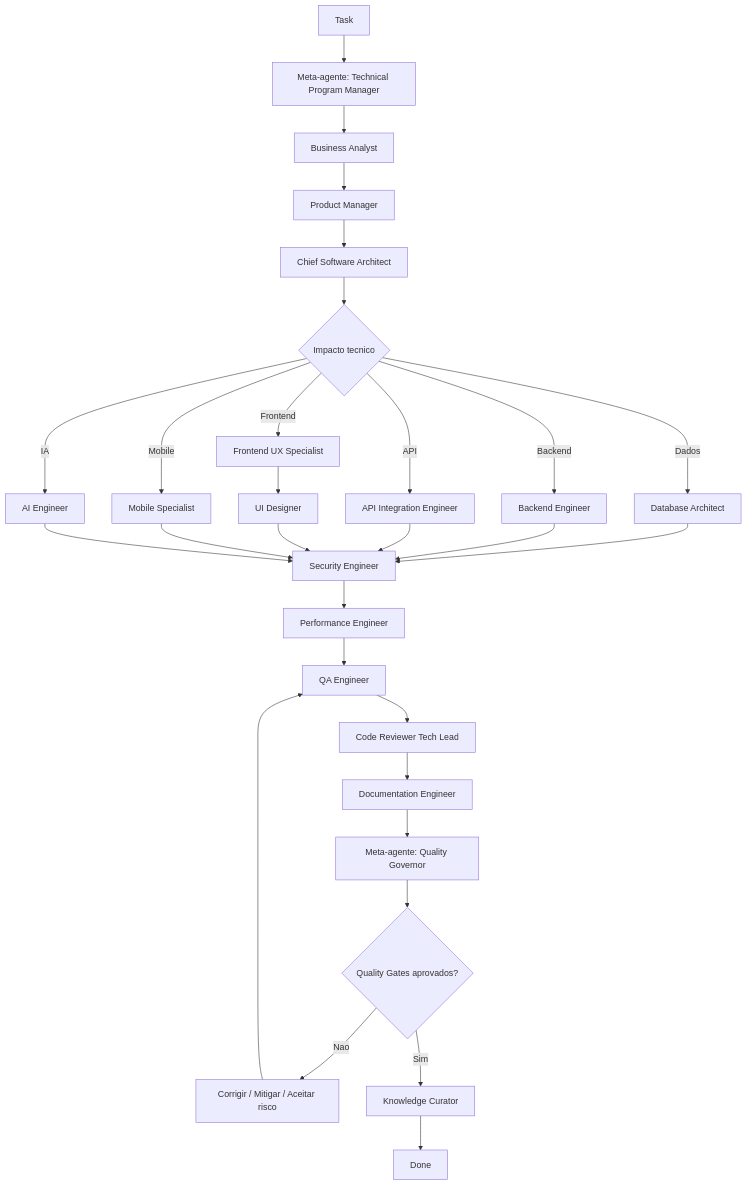
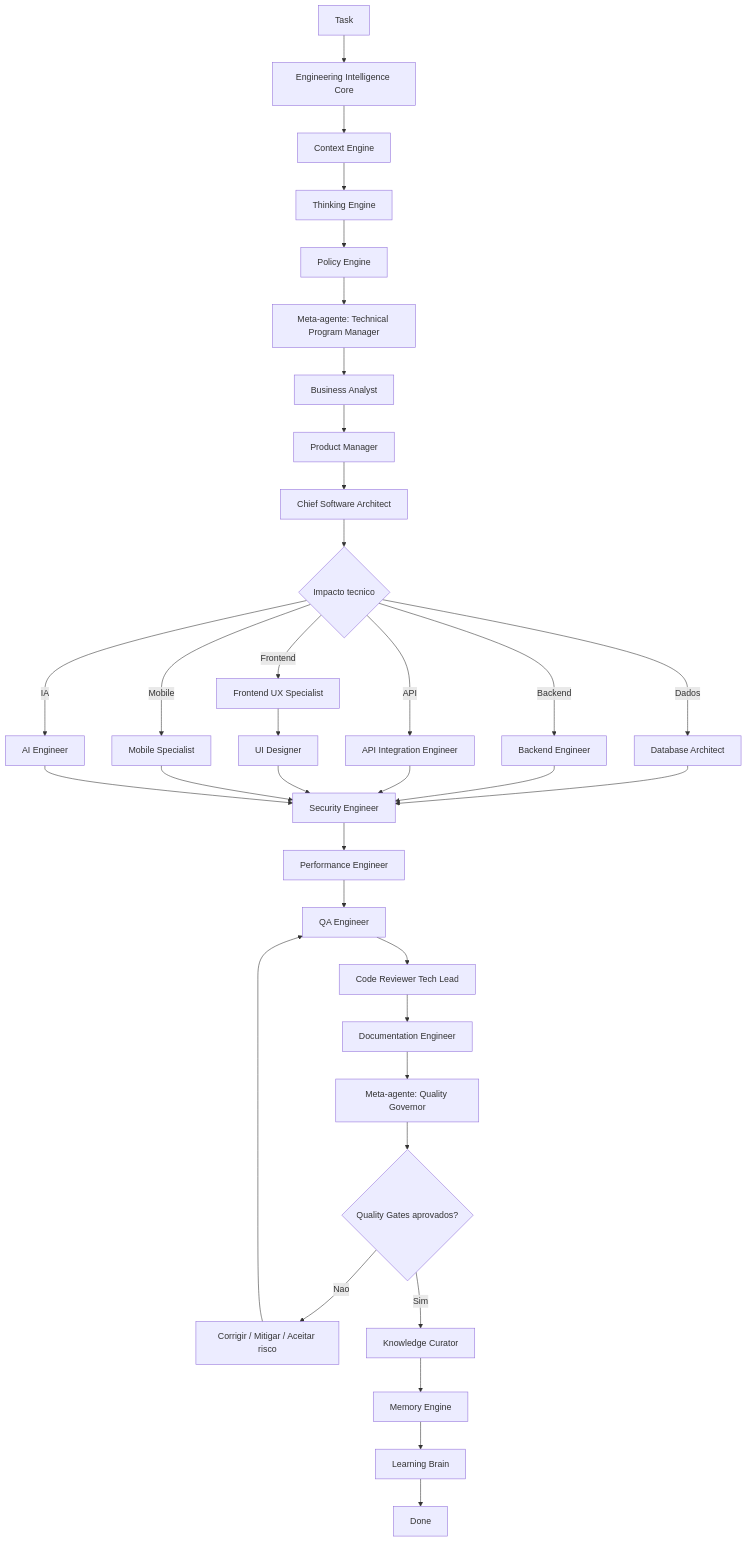
The diagram in ORCHESTRATOR.md (thyags/method-ceip), drawn with Mermaid before and after one commit. The commit also changed other lines of this file and 33 other files, not shown here.

````diff
--- a/ORCHESTRATOR.md
+++ b/ORCHESTRATOR.md
@@ -21,31 +24,37 @@
 ```mermaid
 flowchart TD
-    A["Task"] --> B["Meta-agente: Technical Program Manager"]
+    A["Task"] --> A1["Engineering Intelligence Core"]
+    A1 --> A2["Context Engine"]
+    A2 --> A3["Thinking Engine"]
+    A3 --> A4["Policy Engine"]
+    A4 --> B["Meta-agente: Technical Program Manager"]
     B --> C["Business Analyst"]
     C --> D["Product Manager"]
     D --> E["Chief Software Architect"]
     E --> F{"Impacto tecnico"}
     F -->|Dados| G["Database Architect"]
     F -->|Backend| H["Backend Engineer"]
     F -->|API| I["API Integration Engineer"]
     F -->|Frontend| J["Frontend UX Specialist"]
     J --> K["UI Designer"]
     F -->|Mobile| L["Mobile Specialist"]
     F -->|IA| M["AI Engineer"]
     G --> N["Security Engineer"]
     H --> N
     I --> N
     K --> N
     L --> N
     M --> N
     N --> O["Performance Engineer"]
     O --> P["QA Engineer"]
     P --> Q["Code Reviewer Tech Lead"]
     Q --> R["Documentation Engineer"]
     R --> S["Meta-agente: Quality Governor"]
     S --> T{"Quality Gates aprovados?"}
     T -->|Nao| U["Corrigir / Mitigar / Aceitar risco"]
     U --> P
     T -->|Sim| V["Knowledge Curator"]
-    V --> W["Done"]
+    V --> V1["Memory Engine"]
+    V1 --> V2["Learning Brain"]
+    V2 --> W["Done"]
 ```
````
